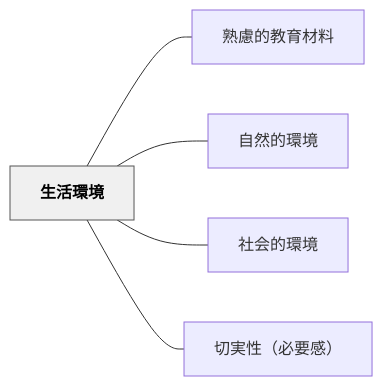
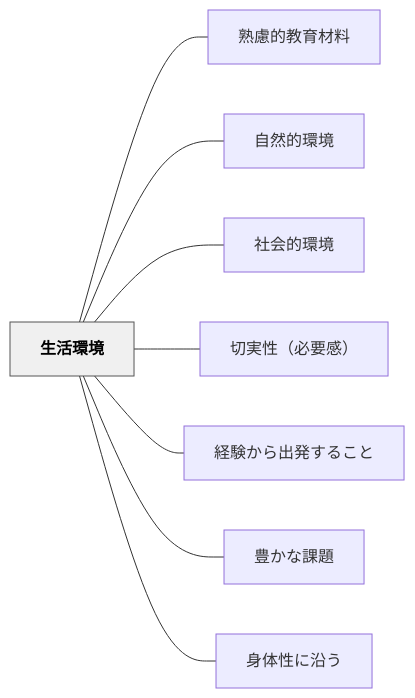
The diagram in content/パタン/生活環境.md (unknownthings-ed-patterns/unknownthings-ed-patterns), drawn with Mermaid before and after one commit. The commit also changed other lines of this file and 71 other files, not shown here.

````diff
--- a/content/パタン/生活環境.md
+++ b/content/パタン/生活環境.md
@@ -45,16 +48,22 @@
 ```mermaid
 flowchart LR
     ne7949fe6b4bbe792b0e5a283["生活環境"]
     ne7869fe685aee79a84e69599e882b2e69d90e69699["熟慮的教育材料"]
     ne887aae784b6e79a84e792b0e5a283["自然的環境"]
     ne7a4bee4bc9ae79a84e792b0e5a283["社会的環境"]
     ne58887e5ae9fe680a7efbc88e5bf85e8a681e6849fefbc89["切実性（必要感）"]
+    ne7b58ce9a893e3818be38289e587bae799bae38199e3828be38193e381a8["経験から出発すること"]
+    ne8b18ae3818be381aae8aab2e9a18c["豊かな課題"]
+    ne8baabe4bd93e680a7e381abe6b2bfe38186["身体性に沿う"]
 
     ne7949fe6b4bbe792b0e5a283 --- ne7869fe685aee79a84e69599e882b2e69d90e69699
     ne7949fe6b4bbe792b0e5a283 --- ne887aae784b6e79a84e792b0e5a283
     ne7949fe6b4bbe792b0e5a283 --- ne7a4bee4bc9ae79a84e792b0e5a283
     ne7949fe6b4bbe792b0e5a283 --- ne58887e5ae9fe680a7efbc88e5bf85e8a681e6849fefbc89
+    ne7949fe6b4bbe792b0e5a283 --- ne7b58ce9a893e3818be38289e587bae799bae38199e3828be38193e381a8
+    ne7949fe6b4bbe792b0e5a283 --- ne8b18ae3818be381aae8aab2e9a18c
+    ne7949fe6b4bbe792b0e5a283 --- ne8baabe4bd93e680a7e381abe6b2bfe38186
 
     classDef hub fill:#f0f0f0,stroke:#555,color:#000,font-weight:bold
     class ne7949fe6b4bbe792b0e5a283 hub
 ```
````
